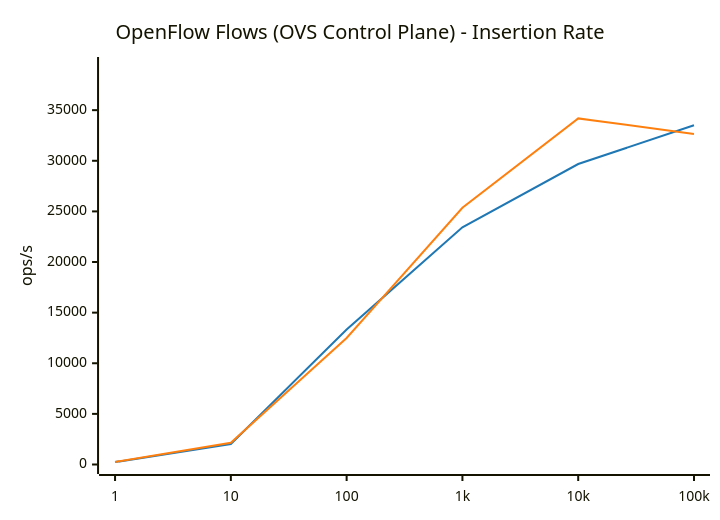
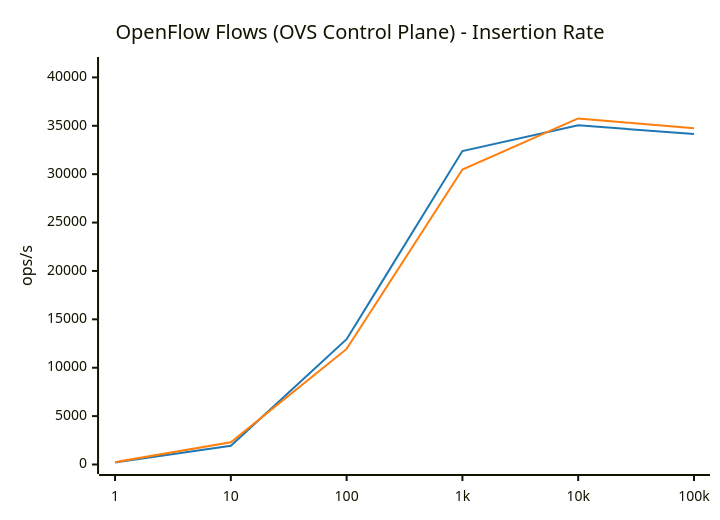
Diagram 11 of 14 in results/BENCHMARK_REPORT.md (LionelJouin/ovs-ovn-bench), drawn with Mermaid before and after one commit. The commit also changed other lines of this file and 4 other files, not shown here.

````diff
--- a/results/BENCHMARK_REPORT.md
+++ b/results/BENCHMARK_REPORT.md
@@ -732,14 +732,14 @@
 ```mermaid
 ---
 config:
     themeVariables:
         xyChart:
             plotColorPalette: "#1f77b4, #ff7f0e"
 ---
 xychart-beta
     title "OpenFlow Flows (OVS Control Plane) - Insertion Rate"
     x-axis ["1", "10", "100", "1k", "10k", "100k"]
-    y-axis "ops/s" 0 --> 39312
-    line "glibc malloc" [236.8, 2018.2, 13342.2, 23421.9, 29679.1, 33506.8]
-    line "jemalloc" [257.1, 2151.5, 12493.8, 25355.0, 34183.9, 32646.8]
+    y-axis "ops/s" 0 --> 41127
+    line "glibc malloc" [205.1, 1943.3, 12946.7, 32387.6, 35049.7, 34141.3]
+    line "jemalloc" [243.7, 2299.4, 11944.6, 30479.4, 35761.8, 34737.3]
 ```
````
